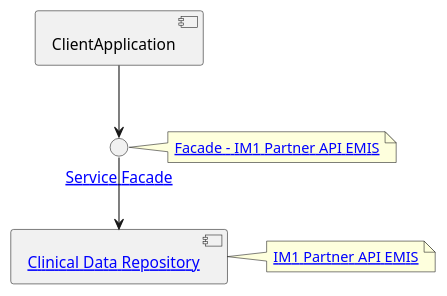
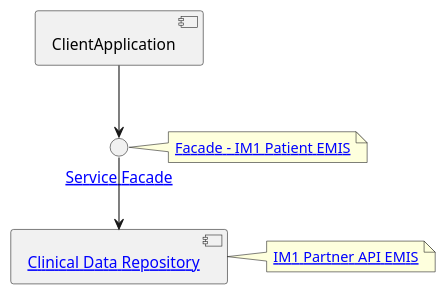
One commit to KevinMayfield/VirtuallyHealthcare changed the diagram in input/images-source/component-im1-patient-emis.plantuml. Above: the diagram before and after it, drawn with PlantUML.

Commit message:
Expanded adaptors

```diff
--- a/input/images-source/component-im1-patient-emis.plantuml
+++ b/input/images-source/component-im1-patient-emis.plantuml
@@ -1,19 +1,19 @@
 @startuml
 
 component ClientApplication
 
 interface facade as "[[ActorDefinition-ServiceFacade.html Service Facade]]"
 note right
-[[CapabilityStatement-IM1PatientEMISFacade.html Facade - IM1 Partner API EMIS]]
+[[CapabilityStatement-IM1PatientEMISFacade.html Facade - IM1 Patient EMIS]]
 end note
 
 component "[[ActorDefinition-ClinicalDataRepository.html Clinical Data Repository]]" as CDR
 note right
 [[https://digital.nhs.uk/services/gp-it-futures-systems/im1-pairing-integration/interface-mechanisms-guidance#partner-api IM1 Partner API EMIS]]
 end note
 
 ClientApplication -d-> facade
 
 facade -d-> CDR
 
 @enduml
```
